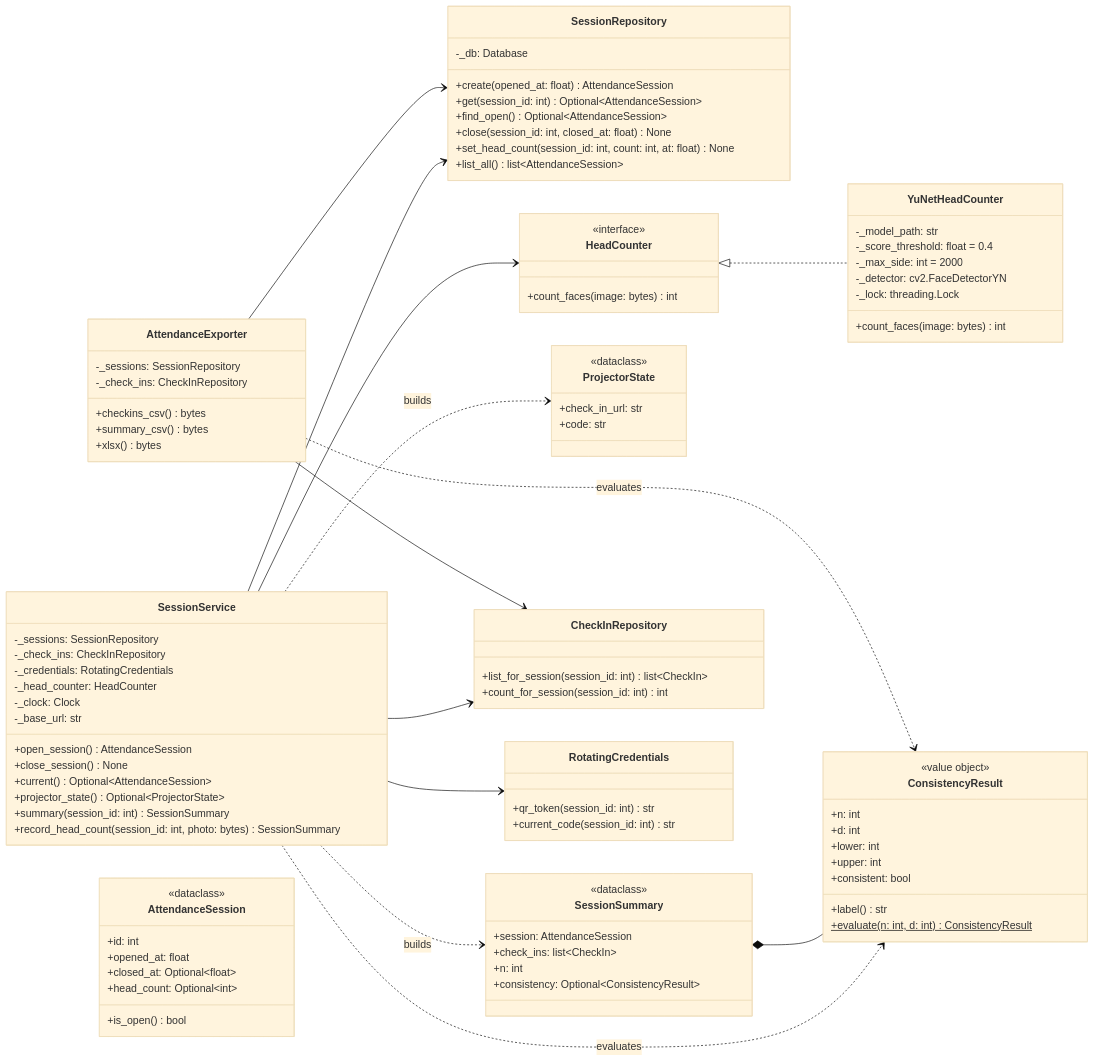
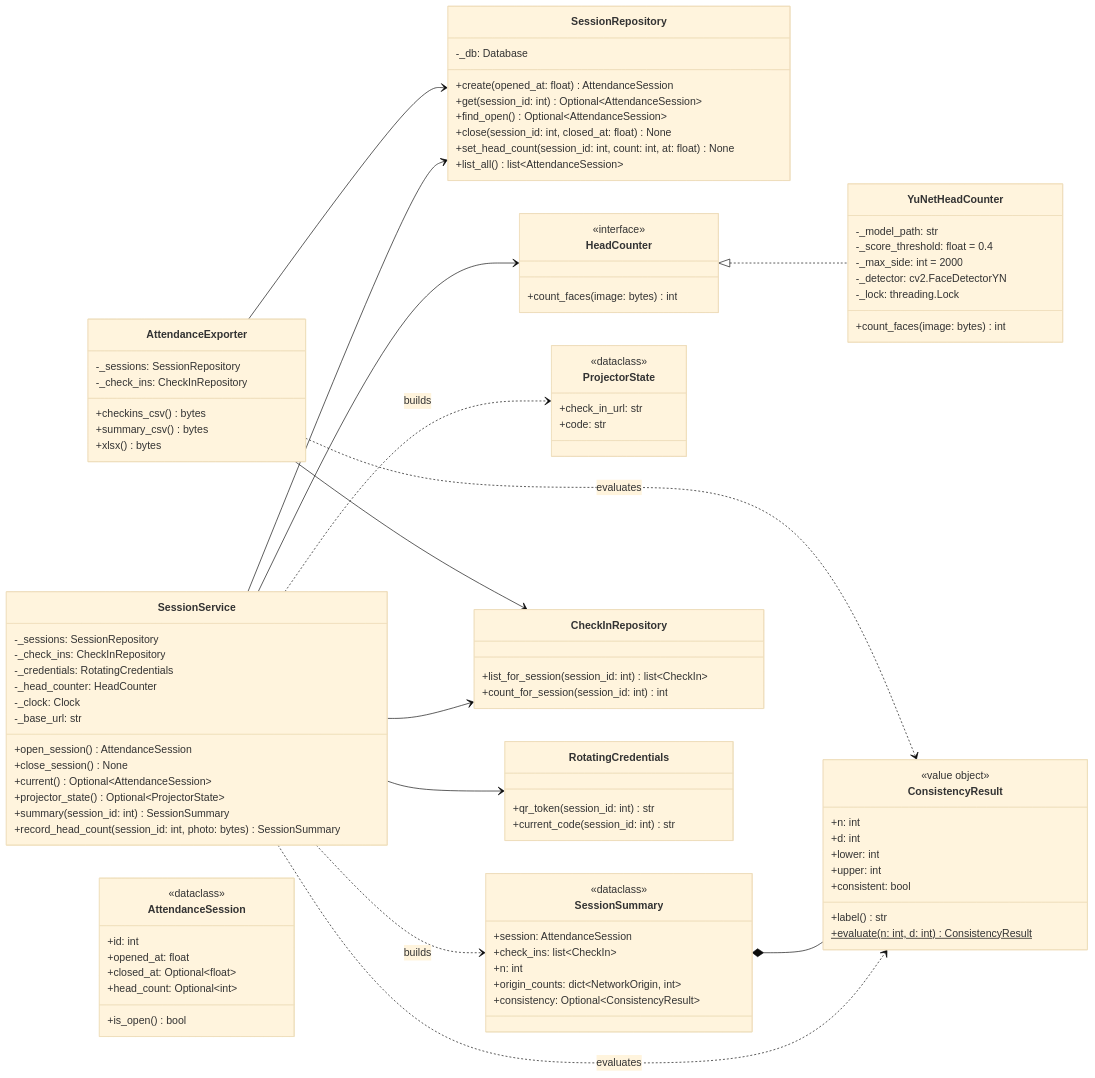
Before and after one commit to ronsarfati/EX2-Teaching-Tool: the fourth of 20 diagrams in docs/design.md, drawn with Mermaid (base theme). The commit also changed other lines of this file and 2 other files, not shown here.

Commit message:
docs: add D32 network origin of a check-in (campus / Apple relay / off campus)

```diff
--- a/docs/design.md
+++ b/docs/design.md
@@ -469,6 +574,7 @@
     +session: AttendanceSession
     +check_ins: list~CheckIn~
     +n: int
+    +origin_counts: dict~NetworkOrigin, int~
     +consistency: Optional~ConsistencyResult~
   }
   class CheckInRepository {
```
